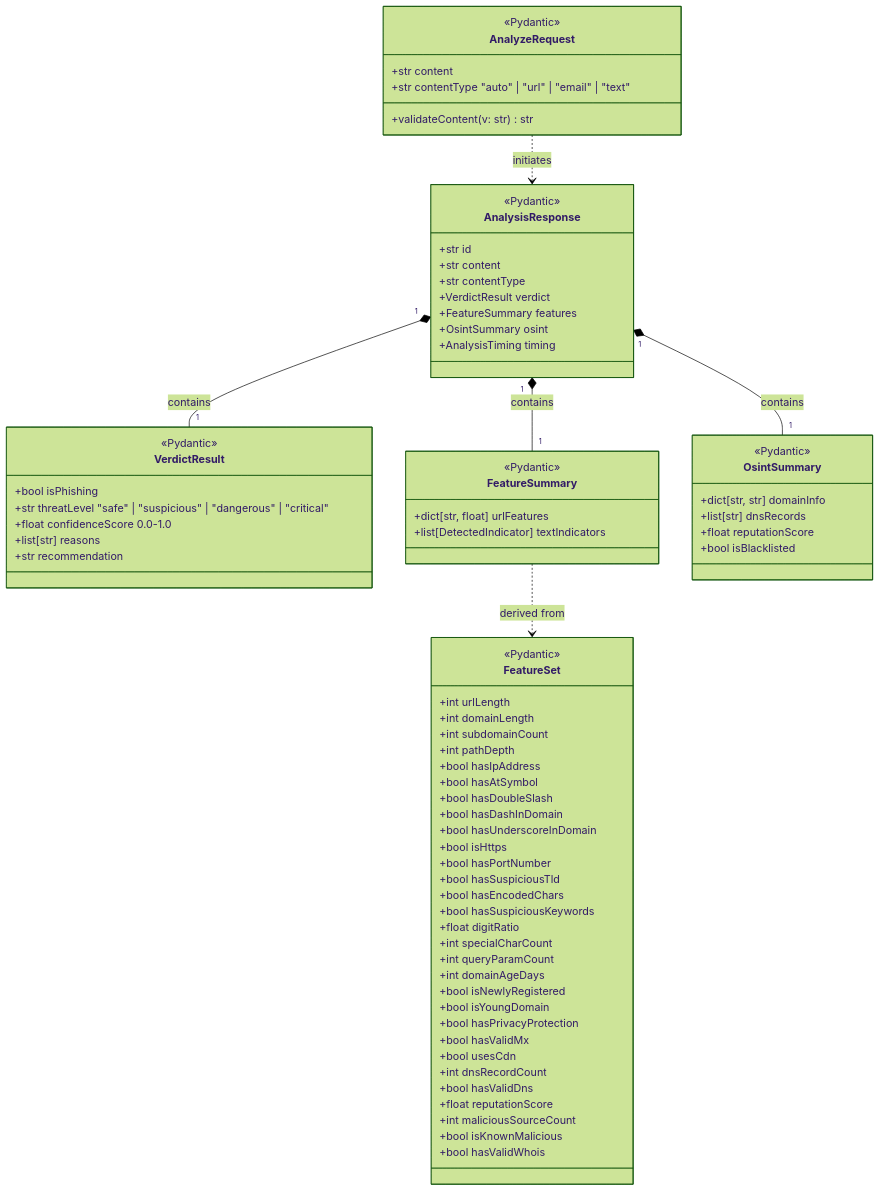
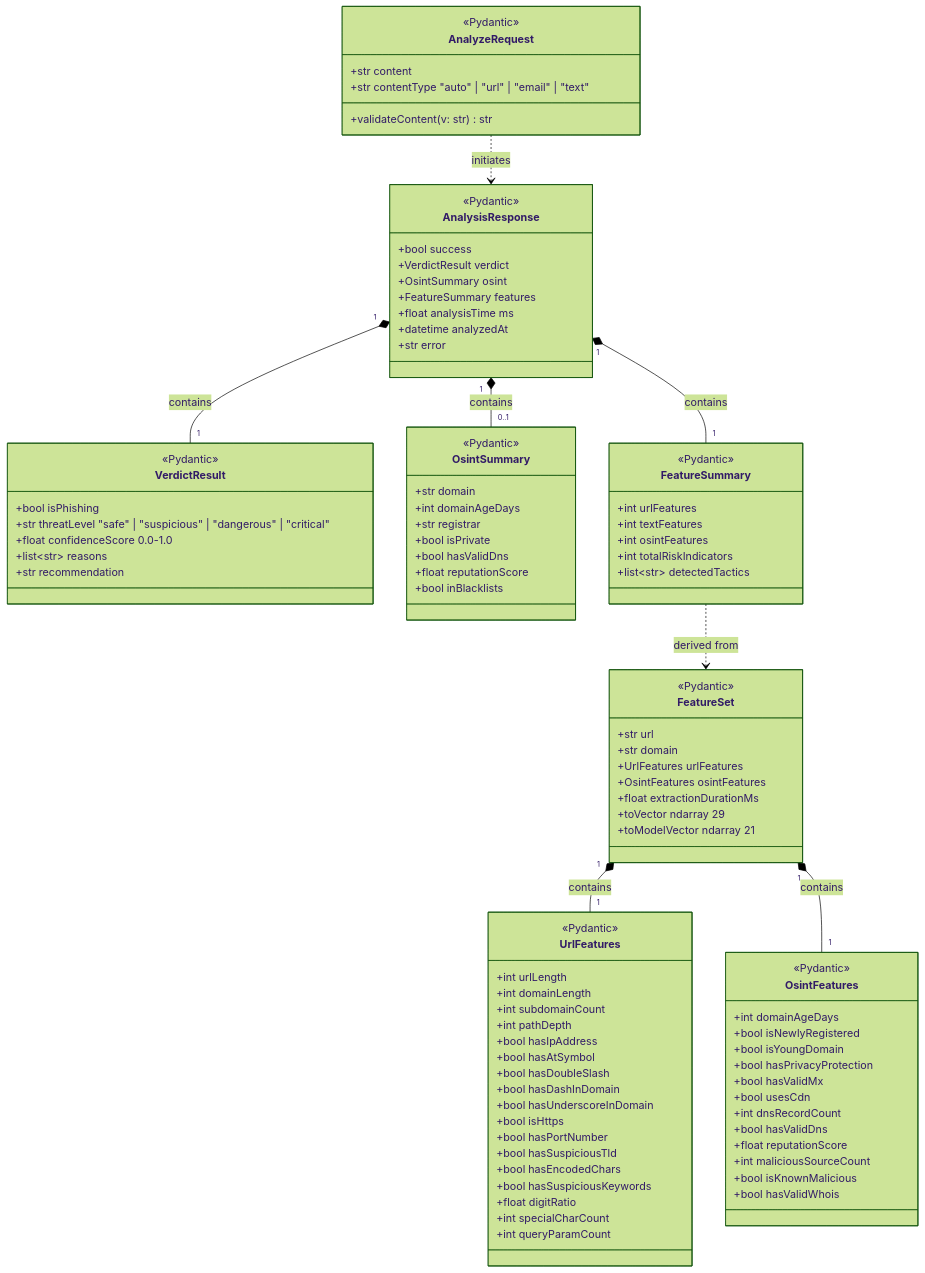
The diagram in docs/diagrams/mermaid/class-diagram.mmd (ELTE-DSED/phishing-detection-osint), drawn with Mermaid (forest theme) before and after one commit. The commit also changed 11 other files, not shown here.

First line of the commit message:
docs: Second-pass Mermaid diagram audit - fix all 5 diagrams to precisely match codebase

```diff
--- a/docs/diagrams/mermaid/class-diagram.mmd
+++ b/docs/diagrams/mermaid/class-diagram.mmd
@@ -1,80 +1,103 @@
 classDiagram
-    class AnalyzeRequest {
-        <<Pydantic>>
-        +str content
-        +str contentType "auto" | "url" | "email" | "text"
-        +validateContent(v: str) str
-    }
+class AnalyzeRequest {
+<<Pydantic>>
++str content
++str contentType "auto" | "url" | "email" | "text"
++validateContent(v: str) str
+}
 
-    class AnalysisResponse {
-        <<Pydantic>>
-        +str id
-        +str content
-        +str contentType
-        +VerdictResult verdict
-        +FeatureSummary features
-        +OsintSummary osint
-        +AnalysisTiming timing
-    }
+class AnalysisResponse {
+<<Pydantic>>
++bool success
++VerdictResult verdict
++OsintSummary osint
++FeatureSummary features
++float analysisTime ms
++datetime analyzedAt
++str error
+}
 
-    class VerdictResult {
-        <<Pydantic>>
-        +bool isPhishing
-        +str threatLevel "safe" | "suspicious" | "dangerous" | "critical"
-        +float confidenceScore 0.0-1.0
-        +list[str] reasons
-        +str recommendation
-    }
+class VerdictResult {
+<<Pydantic>>
++bool isPhishing
++str threatLevel "safe" | "suspicious" | "dangerous" | "critical"
++float confidenceScore 0.0-1.0
++list~str~ reasons
++str recommendation
+}
 
-    class FeatureSummary {
-        <<Pydantic>>
-        +dict[str, float] urlFeatures
-        +list[DetectedIndicator] textIndicators
-    }
+class OsintSummary {
+<<Pydantic>>
++str domain
++int domainAgeDays
++str registrar
++bool isPrivate
++bool hasValidDns
++float reputationScore
++bool inBlacklists
+}
 
-    class OsintSummary {
-        <<Pydantic>>
-        +dict[str, str] domainInfo
-        +list[str] dnsRecords
-        +float reputationScore
-        +bool isBlacklisted
-    }
+class FeatureSummary {
+<<Pydantic>>
++int urlFeatures
++int textFeatures
++int osintFeatures
++int totalRiskIndicators
++list~str~ detectedTactics
+}
 
-    class FeatureSet {
-        <<Pydantic>>
-        +int urlLength
-        +int domainLength
-        +int subdomainCount
-        +int pathDepth
-        +bool hasIpAddress
-        +bool hasAtSymbol
-        +bool hasDoubleSlash
-        +bool hasDashInDomain
-        +bool hasUnderscoreInDomain
-        +bool isHttps
-        +bool hasPortNumber
-        +bool hasSuspiciousTld
-        +bool hasEncodedChars
-        +bool hasSuspiciousKeywords
-        +float digitRatio
-        +int specialCharCount
-        +int queryParamCount
-        +int domainAgeDays
-        +bool isNewlyRegistered
-        +bool isYoungDomain
-        +bool hasPrivacyProtection
-        +bool hasValidMx
-        +bool usesCdn
-        +int dnsRecordCount
-        +bool hasValidDns
-        +float reputationScore
-        +int maliciousSourceCount
-        +bool isKnownMalicious
-        +bool hasValidWhois
-    }
+class FeatureSet {
+<<Pydantic>>
++str url
++str domain
++UrlFeatures urlFeatures
++OsintFeatures osintFeatures
++float extractionDurationMs
++toVector ndarray 29
++toModelVector ndarray 21
+}
 
-    AnalyzeRequest ..> AnalysisResponse : initiates
-    AnalysisResponse "1" *-- "1" VerdictResult : contains
-    AnalysisResponse "1" *-- "1" FeatureSummary : contains
-    AnalysisResponse "1" *-- "1" OsintSummary : contains
-    FeatureSummary ..> FeatureSet : derived from
+class UrlFeatures {
+<<Pydantic>>
++int urlLength
++int domainLength
++int subdomainCount
++int pathDepth
++bool hasIpAddress
++bool hasAtSymbol
++bool hasDoubleSlash
++bool hasDashInDomain
++bool hasUnderscoreInDomain
++bool isHttps
++bool hasPortNumber
++bool hasSuspiciousTld
++bool hasEncodedChars
++bool hasSuspiciousKeywords
++float digitRatio
++int specialCharCount
++int queryParamCount
+}
+
+class OsintFeatures {
+<<Pydantic>>
++int domainAgeDays
++bool isNewlyRegistered
++bool isYoungDomain
++bool hasPrivacyProtection
++bool hasValidMx
++bool usesCdn
++int dnsRecordCount
++bool hasValidDns
++float reputationScore
++int maliciousSourceCount
++bool isKnownMalicious
++bool hasValidWhois
+}
+
+AnalyzeRequest ..> AnalysisResponse : initiates
+AnalysisResponse "1" *-- "1" VerdictResult : contains
+AnalysisResponse "1" *-- "0..1" OsintSummary : contains
+AnalysisResponse "1" *-- "1" FeatureSummary : contains
+FeatureSummary ..> FeatureSet : derived from
+FeatureSet "1" *-- "1" UrlFeatures : contains
+FeatureSet "1" *-- "1" OsintFeatures : contains
```
